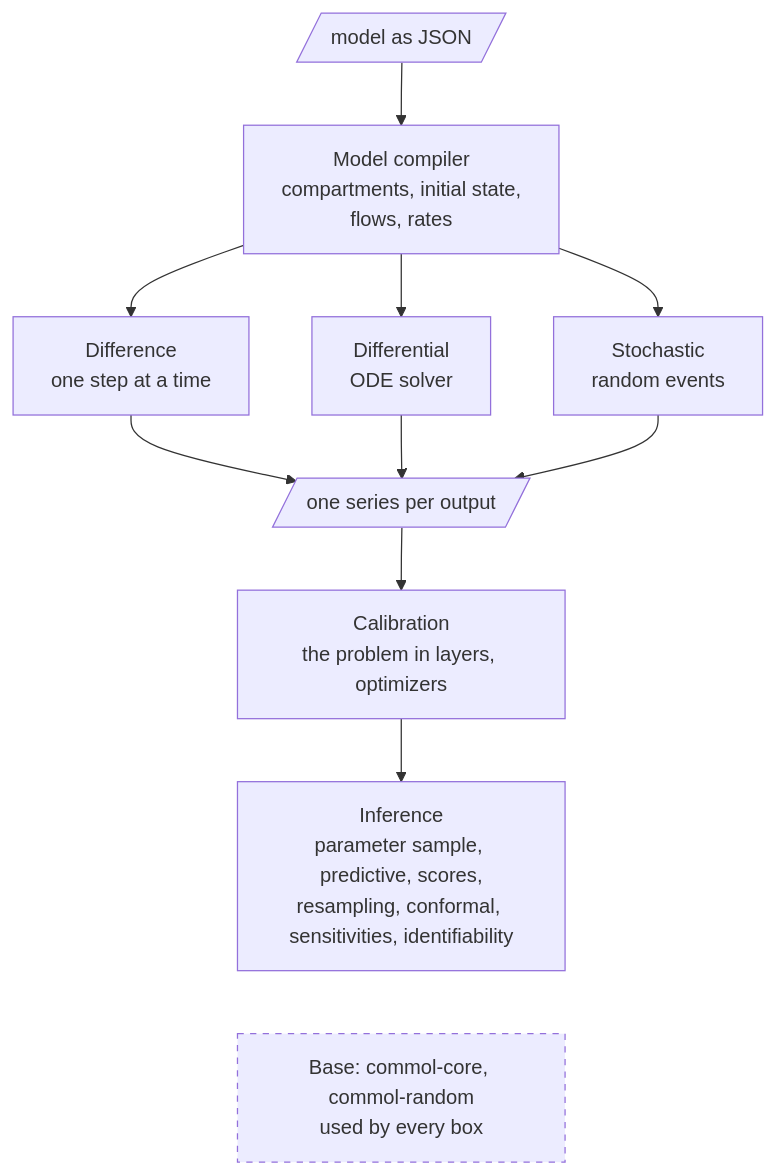
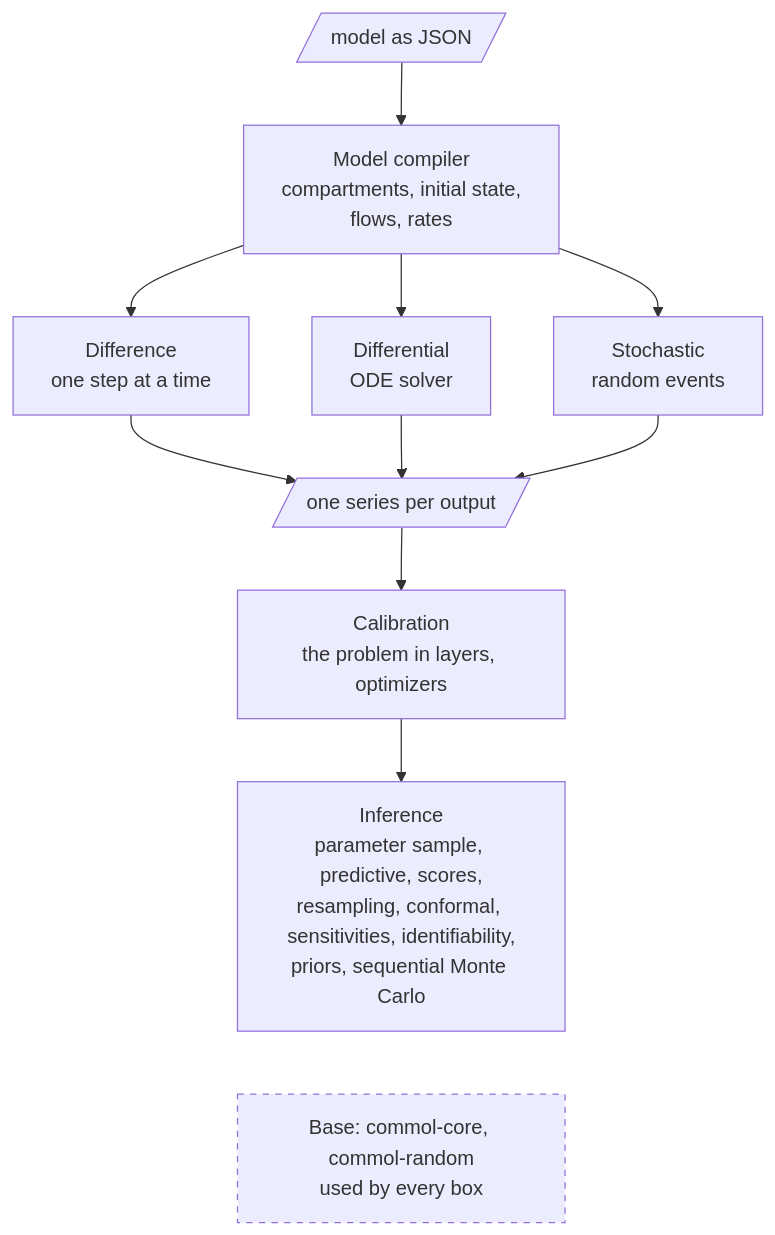
One commit to MUNQU/commol changed the second of 3 diagrams in docs/codebase/architecture.md. Above: the diagram before and after it, drawn with Mermaid. The commit also changed other lines of this file and 53 other files, not shown here.

First line of the commit message:
feat(inference): sequential Monte Carlo, Gibbs posteriors and ABC (#213)

````diff
--- a/docs/codebase/architecture.md
+++ b/docs/codebase/architecture.md
@@ -47,20 +47,20 @@
 ```mermaid
 flowchart TB
     J[/model as JSON/]
     M["Model compiler<br/>compartments, initial state,<br/>flows, rates"]
     E1["Difference<br/>one step at a time"]
     E2["Differential<br/>ODE solver"]
     E3["Stochastic<br/>random events"]
     O[/one series per output/]
     C["Calibration<br/>the problem in layers, optimizers"]
-    I["Inference<br/>parameter sample, predictive, scores,<br/>resampling, conformal, sensitivities, identifiability"]
+    I["Inference<br/>parameter sample, predictive, scores,<br/>resampling, conformal, sensitivities, identifiability,<br/>priors, sequential Monte Carlo"]
     F["Base: commol-core, commol-random<br/>used by every box"]
     J --> M
     M --> E1 & E2 & E3
     E1 & E2 & E3 --> O
     O --> C
     C --> I
     I ~~~ F
     classDef base stroke-dasharray: 5 5
     class F base
 ```
````
